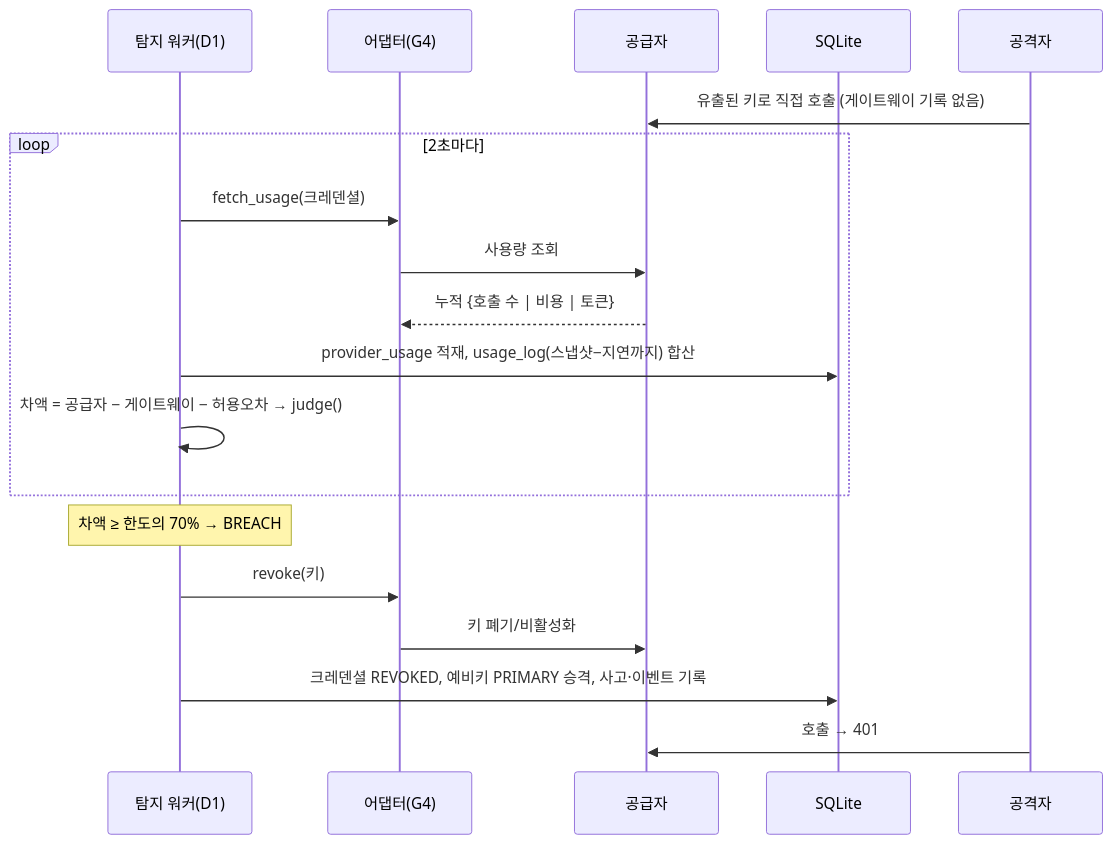
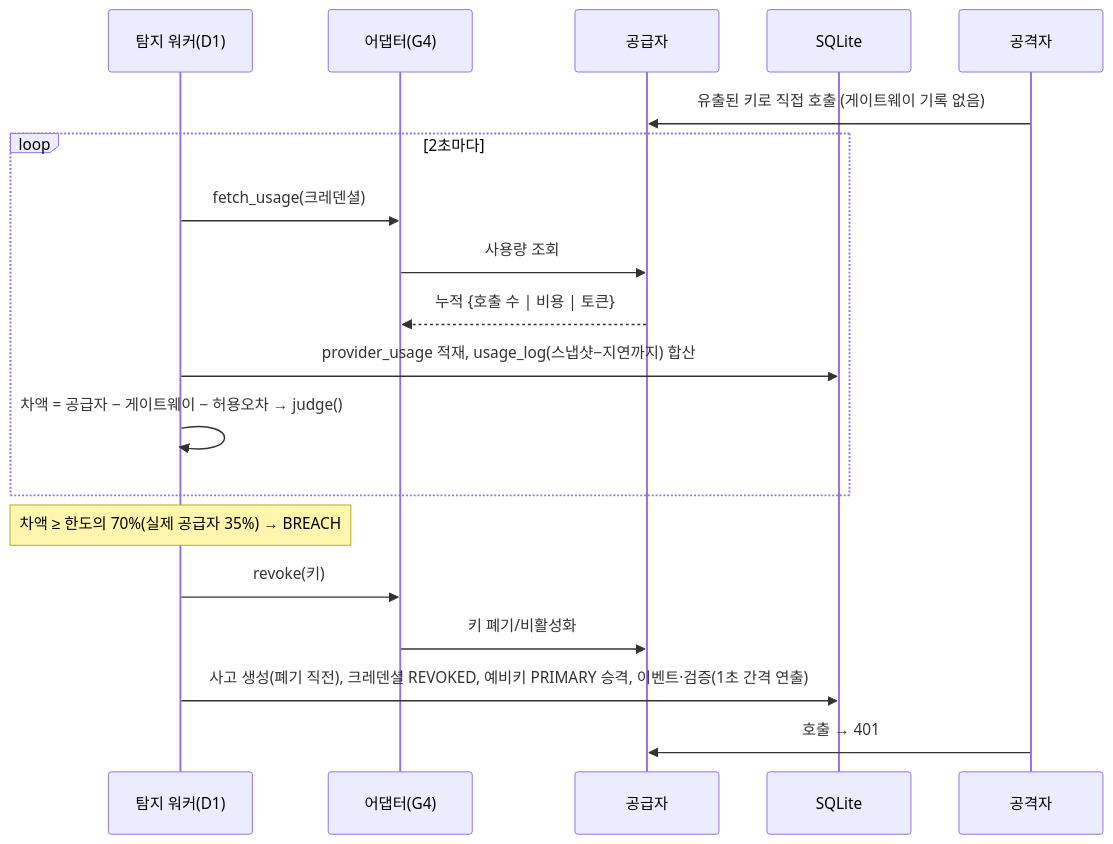
One commit to Seokyoung-Hong/NovemberApiGateway changed the second of 2 diagrams in docs/architecture.md. Above: the diagram before and after it, drawn with Mermaid. The commit also changed other lines of this file and 11 other files, not shown here.

````diff
--- a/docs/architecture.md
+++ b/docs/architecture.md
@@ -106,21 +108,21 @@
 ```mermaid
 sequenceDiagram
     participant W as 탐지 워커(D1)
     participant A as 어댑터(G4)
     participant P as 공급자
     participant DB as SQLite
     participant X as 공격자
     X->>P: 유출된 키로 직접 호출 (게이트웨이 기록 없음)
     loop 2초마다
         W->>A: fetch_usage(크레덴셜)
         A->>P: 사용량 조회
         P-->>A: 누적 {호출 수 | 비용 | 토큰}
         W->>DB: provider_usage 적재, usage_log(스냅샷−지연까지) 합산
         W->>W: 차액 = 공급자 − 게이트웨이 − 허용오차 → judge()
     end
-    Note over W: 차액 ≥ 한도의 70% → BREACH
+    Note over W: 차액 ≥ 한도의 70%(실제 공급자 35%) → BREACH
     W->>A: revoke(키)
     A->>P: 키 폐기/비활성화
-    W->>DB: 크레덴셜 REVOKED, 예비키 PRIMARY 승격, 사고·이벤트 기록
+    W->>DB: 사고 생성(폐기 직전), 크레덴셜 REVOKED, 예비키 PRIMARY 승격, 이벤트·검증(1초 간격 연출)
     X->>P: 호출 → 401
 ```
````
